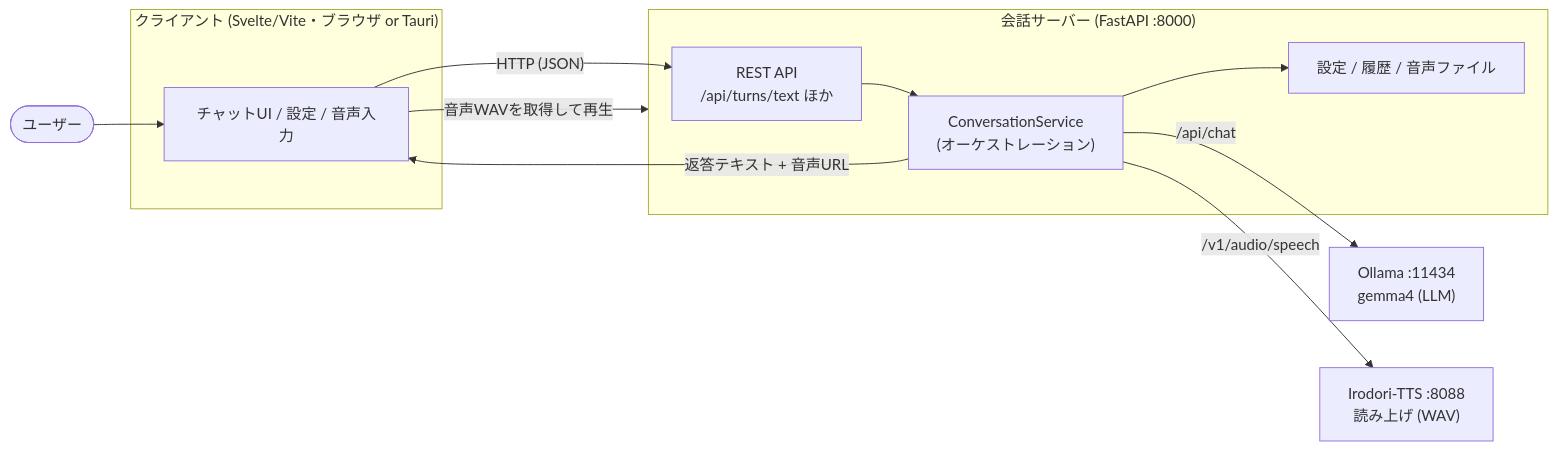
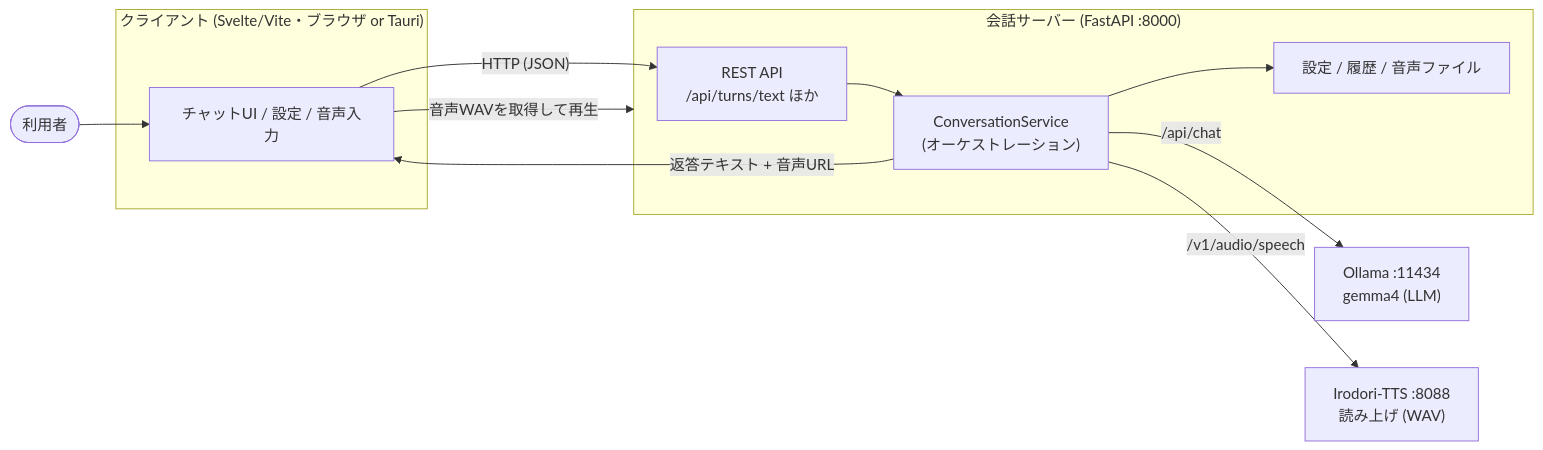
One commit to GentaAmeku/gemma4-irodori-voice-chat changed the first of 5 diagrams in docs/architecture.md. Above: the diagram before and after it, drawn with Mermaid. The commit also changed other lines of this file and 15 other files, not shown here.

````diff
--- a/docs/architecture.md
+++ b/docs/architecture.md
@@ -13,26 +13,26 @@
 ```mermaid
 flowchart LR
-    user(["ユーザー"])
+    user(["利用者"])
 
     subgraph client["クライアント (Svelte/Vite・ブラウザ or Tauri)"]
       ui["チャットUI / 設定 / 音声入力"]
     end
 
     subgraph conv["会話サーバー (FastAPI :8000)"]
       api["REST API<br/>/api/turns/text ほか"]
       svc["ConversationService<br/>(オーケストレーション)"]
       store["設定 / 履歴 / 音声ファイル"]
     end
 
     ollama["Ollama :11434<br/>gemma4 (LLM)"]
     tts["Irodori-TTS :8088<br/>読み上げ (WAV)"]
 
     user --> ui
     ui -->|"HTTP (JSON)"| api
     api --> svc
     svc --> store
     svc -->|"/api/chat"| ollama
     svc -->|"/v1/audio/speech"| tts
     svc -->|"返答テキスト + 音声URL"| ui
     ui -->|"音声WAVを取得して再生"| conv
 ```
````
